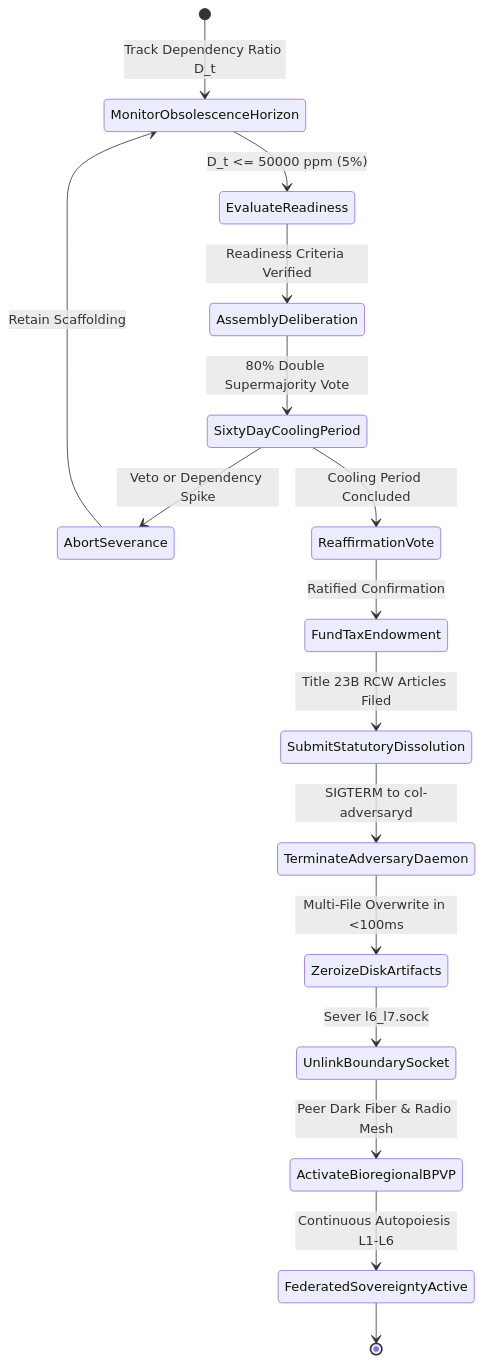
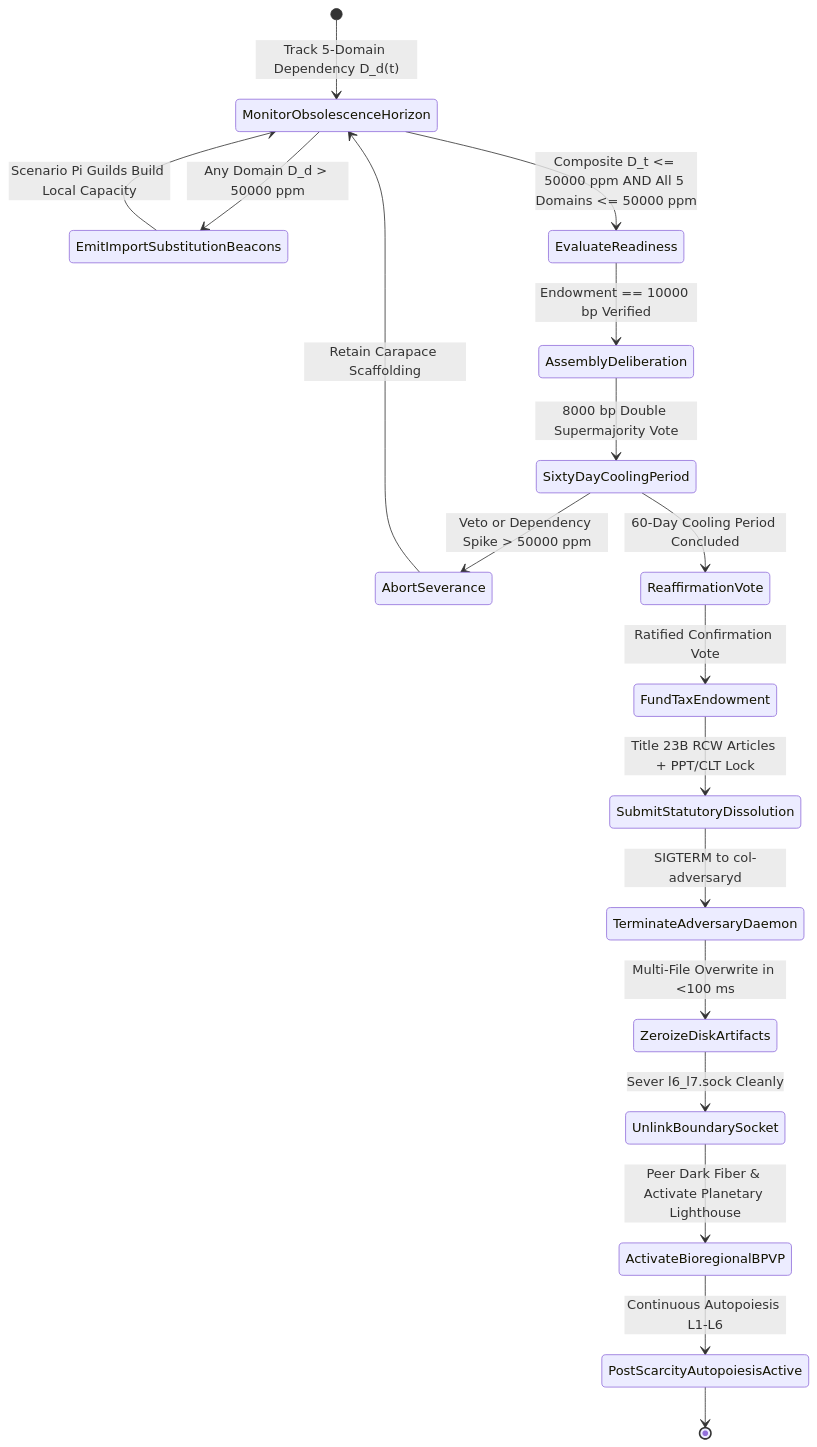
One commit to raffaine/collective changed the second of 3 diagrams in docs/scenarios/omega_decoupling.md. Above: the diagram before and after it, drawn with Mermaid. The commit also changed other lines of this file and 1 other file, not shown here.

Commit message:
docs(scenarios): expand Scenarios Psi and Omega to complete all 25 macro-domain specifications

````diff
--- a/docs/scenarios/omega_decoupling.md
+++ b/docs/scenarios/omega_decoupling.md
@@ -99,19 +125,21 @@
 ```mermaid
 stateDiagram-v2
-    [*] --> MonitorObsolescenceHorizon: Track Dependency Ratio D_t
-    MonitorObsolescenceHorizon --> EvaluateReadiness: D_t <= 50000 ppm (5%)
-    EvaluateReadiness --> AssemblyDeliberation: Readiness Criteria Verified
-    AssemblyDeliberation --> SixtyDayCoolingPeriod: 80% Double Supermajority Vote
-    SixtyDayCoolingPeriod --> AbortSeverance: Veto or Dependency Spike
-    AbortSeverance --> MonitorObsolescenceHorizon: Retain Scaffolding
+    [*] --> MonitorObsolescenceHorizon: Track 5-Domain Dependency D_d(t)
+    MonitorObsolescenceHorizon --> EmitImportSubstitutionBeacons: Any Domain D_d > 50000 ppm
+    EmitImportSubstitutionBeacons --> MonitorObsolescenceHorizon: Scenario Pi Guilds Build Local Capacity
+    MonitorObsolescenceHorizon --> EvaluateReadiness: Composite D_t <= 50000 ppm AND All 5 Domains <= 50000 ppm
+    EvaluateReadiness --> AssemblyDeliberation: Endowment == 10000 bp Verified
+    AssemblyDeliberation --> SixtyDayCoolingPeriod: 8000 bp Double Supermajority Vote
+    SixtyDayCoolingPeriod --> AbortSeverance: Veto or Dependency Spike > 50000 ppm
+    AbortSeverance --> MonitorObsolescenceHorizon: Retain Carapace Scaffolding
     
-    SixtyDayCoolingPeriod --> ReaffirmationVote: Cooling Period Concluded
-    ReaffirmationVote --> FundTaxEndowment: Ratified Confirmation
-    FundTaxEndowment --> SubmitStatutoryDissolution: Title 23B RCW Articles Filed
+    SixtyDayCoolingPeriod --> ReaffirmationVote: 60-Day Cooling Period Concluded
+    ReaffirmationVote --> FundTaxEndowment: Ratified Confirmation Vote
+    FundTaxEndowment --> SubmitStatutoryDissolution: Title 23B RCW Articles + PPT/CLT Lock
     SubmitStatutoryDissolution --> TerminateAdversaryDaemon: SIGTERM to col-adversaryd
-    TerminateAdversaryDaemon --> ZeroizeDiskArtifacts: Multi-File Overwrite in <100ms
-    ZeroizeDiskArtifacts --> UnlinkBoundarySocket: Sever l6_l7.sock
-    UnlinkBoundarySocket --> ActivateBioregionalBPVP: Peer Dark Fiber & Radio Mesh
-    ActivateBioregionalBPVP --> FederatedSovereigntyActive: Continuous Autopoiesis L1-L6
-    FederatedSovereigntyActive --> [*]
+    TerminateAdversaryDaemon --> ZeroizeDiskArtifacts: Multi-File Overwrite in <100 ms
+    ZeroizeDiskArtifacts --> UnlinkBoundarySocket: Sever l6_l7.sock Cleanly
+    UnlinkBoundarySocket --> ActivateBioregionalBPVP: Peer Dark Fiber & Activate Planetary Lighthouse
+    ActivateBioregionalBPVP --> PostScarcityAutopoiesisActive: Continuous Autopoiesis L1-L6
+    PostScarcityAutopoiesisActive --> [*]
 ```
````
